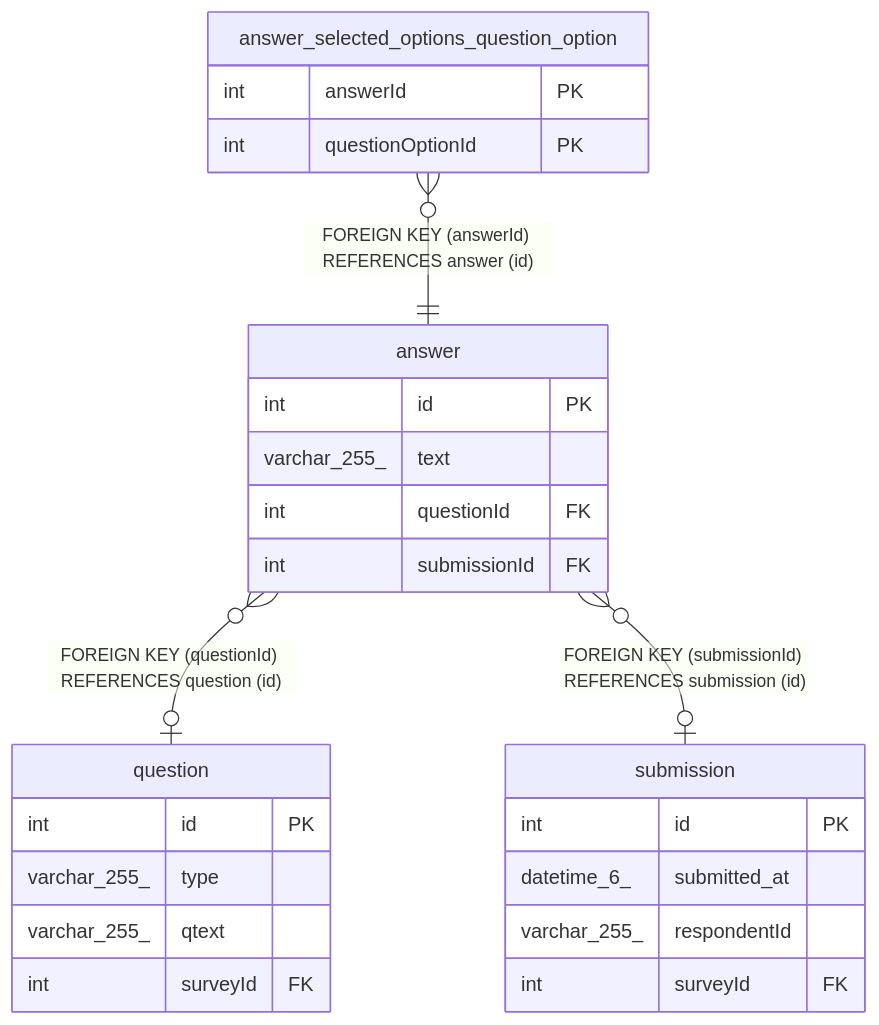
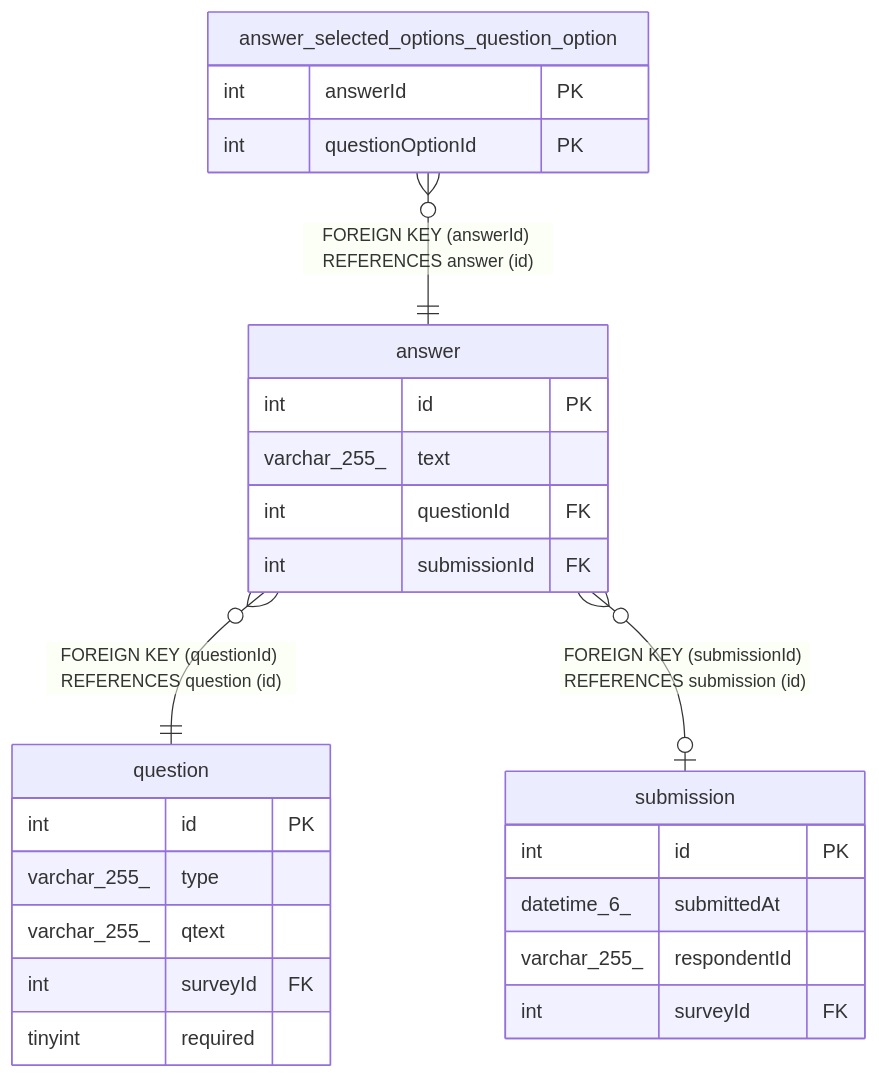
One commit to BepHblVI/First-nest changed the diagram in docs/database/answer.md. Above: the diagram before and after it, drawn with Mermaid. The commit also changed other lines of this file and 16 other files, not shown here.

````diff
--- a/docs/database/answer.md
+++ b/docs/database/answer.md
@@ -51,30 +51,31 @@
 ```mermaid
 erDiagram
 
 "answer_selected_options_question_option" }o--|| "answer" : "FOREIGN KEY (answerId) REFERENCES answer (id)"
-"answer" }o--o| "question" : "FOREIGN KEY (questionId) REFERENCES question (id)"
+"answer" }o--|| "question" : "FOREIGN KEY (questionId) REFERENCES question (id)"
 "answer" }o--o| "submission" : "FOREIGN KEY (submissionId) REFERENCES submission (id)"
 
 "answer" {
   int id PK
   varchar_255_ text
   int questionId FK
   int submissionId FK
 }
 "answer_selected_options_question_option" {
   int answerId PK
   int questionOptionId PK
 }
 "question" {
   int id PK
   varchar_255_ type
   varchar_255_ qtext
   int surveyId FK
+  tinyint required
 }
 "submission" {
   int id PK
-  datetime_6_ submitted_at
+  datetime_6_ submittedAt
   varchar_255_ respondentId
   int surveyId FK
 }
 ```
````
